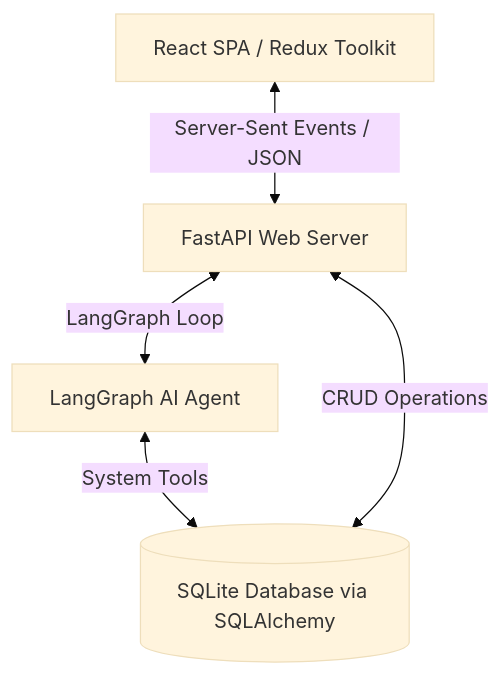
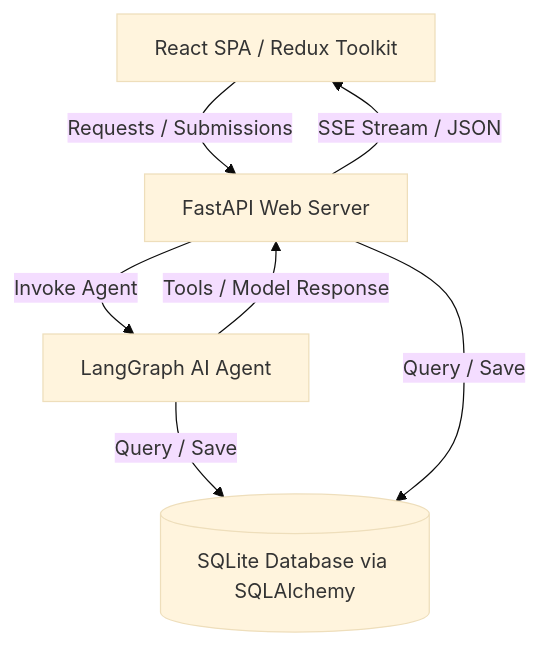
Before and after one commit to Nachiket858/-AI-First-CRM-HCP-Module: the first of 2 diagrams in tools.md, drawn with Mermaid (base theme). The commit also changed other lines of this file, not shown here.

Commit message:
Fix tools.md Mermaid diagrams compilation and rendering syntax

````diff
--- a/tools.md
+++ b/tools.md
@@ -11,7 +11,9 @@
 ```mermaid
-graph TD
-    Client[React SPA / Redux Toolkit] <-->|Server-Sent Events / JSON| API[FastAPI Web Server]
-    API <-->|LangGraph Loop| Agent[LangGraph AI Agent]
-    Agent <-->|System Tools| DB[(SQLite Database via SQLAlchemy)]
-    API <-->|CRUD Operations| DB
+flowchart TD
+    Client[React SPA / Redux Toolkit] -->|Requests / Submissions| API[FastAPI Web Server]
+    API -->|SSE Stream / JSON| Client
+    API -->|Invoke Agent| Agent[LangGraph AI Agent]
+    Agent -->|Tools / Model Response| API
+    Agent -->|Query / Save| DB[(SQLite Database via SQLAlchemy)]
+    API -->|Query / Save| DB
 ```
````
